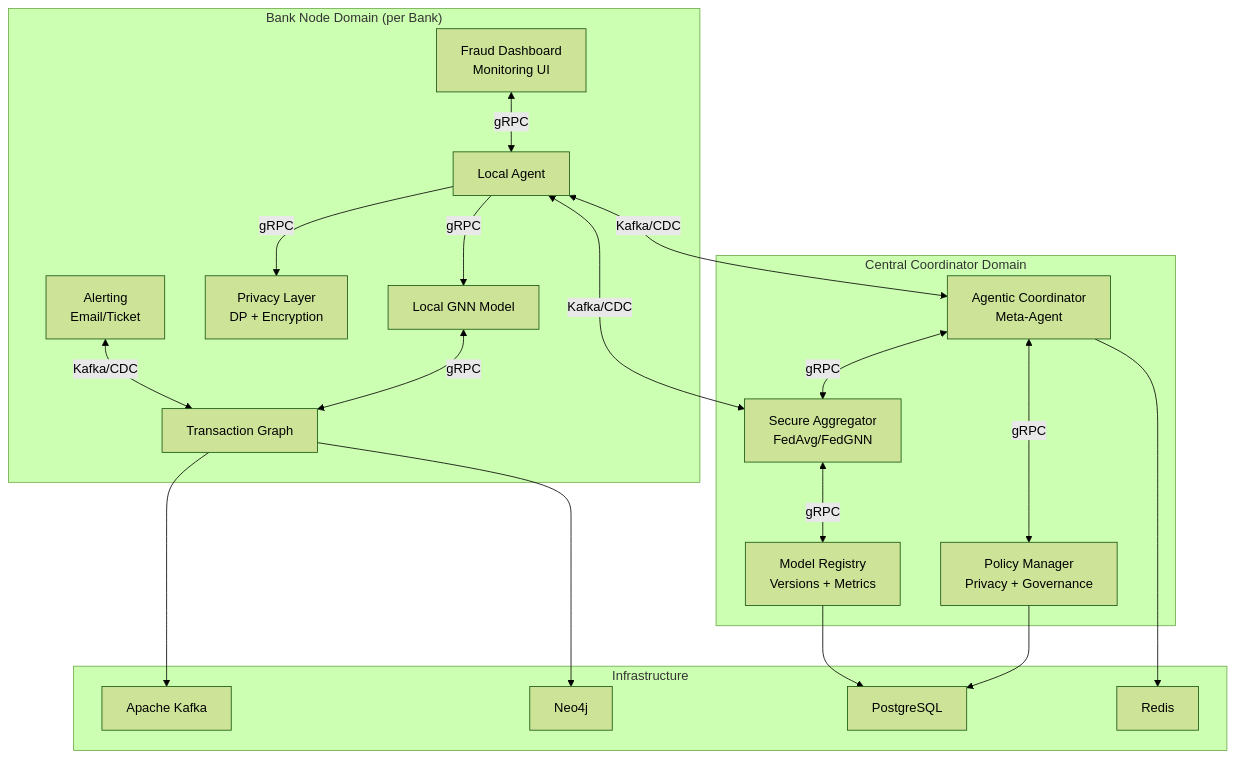
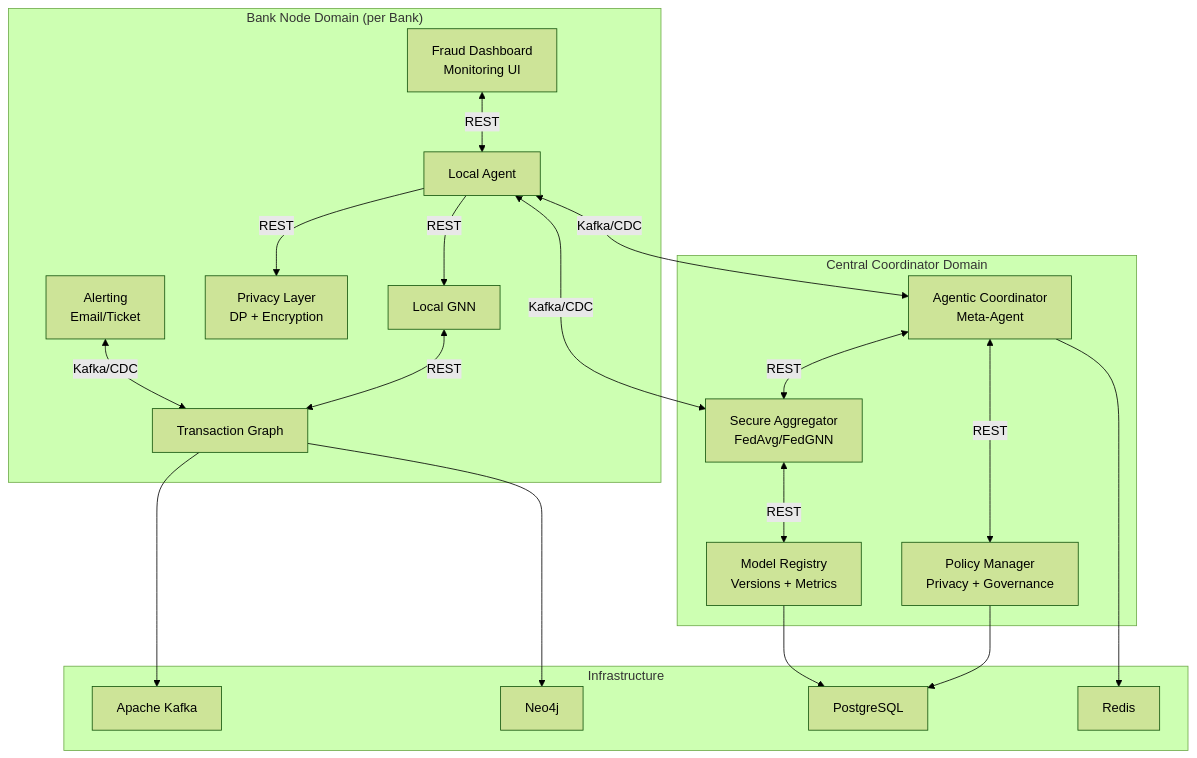
Before and after one commit to dayawansha/agentic-federated-cbdc-fraud-detection: the second of 3 diagrams in doc/status/devPlan.md, drawn with Mermaid (forest theme). The commit also changed other lines of this file and 48 other files, not shown here.

````diff
--- a/doc/status/devPlan.md
+++ b/doc/status/devPlan.md
@@ -49,46 +47,46 @@
 ```mermaid
 graph TB
     subgraph "Central Coordinator Domain"
         AC[Agentic Coordinator<br/>Meta-Agent]
         SA[Secure Aggregator<br/>FedAvg/FedGNN]
         PM[Policy Manager<br/>Privacy + Governance]
         MR[Model Registry<br/>Versions + Metrics]
     end
     
     subgraph "Bank Node Domain (per Bank)"
         LA[Local Agent]
-        LG[Local GNN Model]
+        LG[Local GNN]
         PL[Privacy Layer<br/>DP + Encryption]
         TG[Transaction Graph]
         FD[Fraud Dashboard<br/>Monitoring UI]
         AL[Alerting<br/>Email/Ticket]
     end
     
     subgraph "Infrastructure"
         KF[Apache Kafka]
         N4[Neo4j]
         PG[PostgreSQL]
         RD[Redis]
     end
     
     %% Inter-Node Communication (Bank <-> Central)
     LA <-->|Kafka/CDC| AC
     LA <-->|Kafka/CDC| SA
     
-    %% Intra-Node Communication (Internal)
-    AC <-->|gRPC| SA
-    AC <-->|gRPC| PM
-    SA <-->|gRPC| MR
+    %% Internal synchronous communication
+    AC <-->|REST| SA
+    AC <-->|REST| PM
+    SA <-->|REST| MR
     
-    LA -->|gRPC| LG
-    LA -->|gRPC| PL
-    LG <-->|gRPC| TG
-    FD <-->|gRPC| LA
+    LA -->|REST| LG
+    LA -->|REST| PL
+    LG <-->|REST| TG
+    FD <-->|REST| LA
     AL <-->|Kafka/CDC| TG
     
     TG --> KF
     TG --> N4
     PM --> PG
     MR --> PG
     AC --> RD
 ```
````
